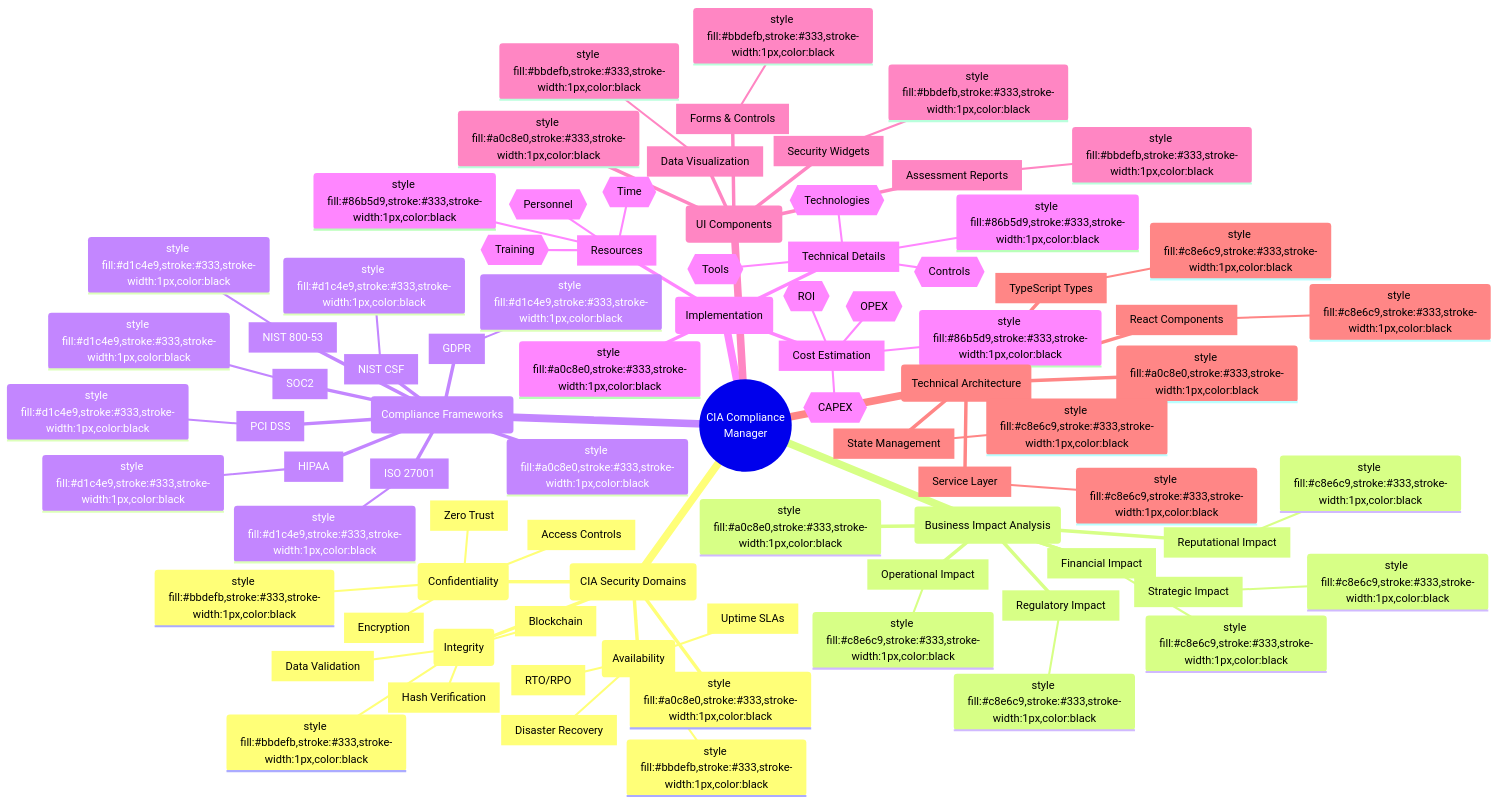
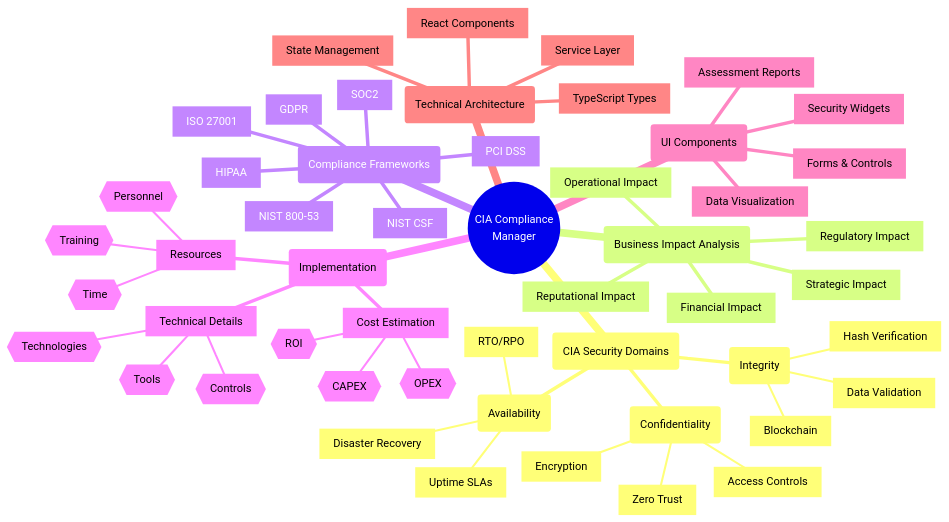
One commit to Hack23/cia-compliance-manager changed the first of 4 diagrams in docs/architecture/MINDMAP.md. Above: the diagram before and after it, drawn with Mermaid. The commit also changed other lines of this file and 5 other files, not shown here.

Commit message:
Refactor flowchart and state diagram class definitions for consistency and clarity

````diff
--- a/docs/architecture/MINDMAP.md
+++ b/docs/architecture/MINDMAP.md
@@ -28,105 +28,66 @@
 ```mermaid
 mindmap
   root((CIA Compliance<br>Manager))
-    ::icon(fa fa-shield-alt)
 
     %% Core Security Domains
     id(CIA Security Domains)
-      ::icon(fa fa-lock)
-      style fill:#a0c8e0,stroke:#333,stroke-width:1px,color:black
       id1(Confidentiality)
-        style fill:#bbdefb,stroke:#333,stroke-width:1px,color:black
         id1.1[Access Controls]
         id1.2[Encryption]
         id1.3[Zero Trust]
       id2(Integrity)
-        style fill:#bbdefb,stroke:#333,stroke-width:1px,color:black
         id2.1[Data Validation]
         id2.2[Hash Verification]
         id2.3[Blockchain]
       id3(Availability)
-        style fill:#bbdefb,stroke:#333,stroke-width:1px,color:black
         id3.1[Uptime SLAs]
         id3.2[RTO/RPO]
         id3.3[Disaster Recovery]
 
     %% Business Impact
     id4(Business Impact Analysis)
-      ::icon(fa fa-chart-line)
-      style fill:#a0c8e0,stroke:#333,stroke-width:1px,color:black
       id4.1[Financial Impact]
-        style fill:#c8e6c9,stroke:#333,stroke-width:1px,color:black
       id4.2[Operational Impact]
-        style fill:#c8e6c9,stroke:#333,stroke-width:1px,color:black
       id4.3[Reputational Impact]
-        style fill:#c8e6c9,stroke:#333,stroke-width:1px,color:black
       id4.4[Regulatory Impact]
-        style fill:#c8e6c9,stroke:#333,stroke-width:1px,color:black
       id4.5[Strategic Impact]
-        style fill:#c8e6c9,stroke:#333,stroke-width:1px,color:black
 
     %% Compliance Mapping
     id5(Compliance Frameworks)
-      ::icon(fa fa-check-square)
-      style fill:#a0c8e0,stroke:#333,stroke-width:1px,color:black
       id5.1[NIST 800-53]
-        style fill:#d1c4e9,stroke:#333,stroke-width:1px,color:black
       id5.2[ISO 27001]
-        style fill:#d1c4e9,stroke:#333,stroke-width:1px,color:black
       id5.3[NIST CSF]
-        style fill:#d1c4e9,stroke:#333,stroke-width:1px,color:black
       id5.4[GDPR]
-        style fill:#d1c4e9,stroke:#333,stroke-width:1px,color:black
       id5.5[HIPAA]
-        style fill:#d1c4e9,stroke:#333,stroke-width:1px,color:black
       id5.6[SOC2]
-        style fill:#d1c4e9,stroke:#333,stroke-width:1px,color:black
       id5.7[PCI DSS]
-        style fill:#d1c4e9,stroke:#333,stroke-width:1px,color:black
 
     %% Implementation
     id6(Implementation)
-      ::icon(fa fa-cogs)
-      style fill:#a0c8e0,stroke:#333,stroke-width:1px,color:black
       id6.1[Cost Estimation]
-        style fill:#86b5d9,stroke:#333,stroke-width:1px,color:black
         id6.1.1{{CAPEX}}
         id6.1.2{{OPEX}}
         id6.1.3{{ROI}}
       id6.2[Technical Details]
-        style fill:#86b5d9,stroke:#333,stroke-width:1px,color:black
         id6.2.1{{Tools}}
         id6.2.2{{Technologies}}
         id6.2.3{{Controls}}
       id6.3[Resources]
-        style fill:#86b5d9,stroke:#333,stroke-width:1px,color:black
         id6.3.1{{Personnel}}
         id6.3.2{{Time}}
         id6.3.3{{Training}}
 
     %% User Interface
     id7(UI Components)
-      ::icon(fa fa-desktop)
-      style fill:#a0c8e0,stroke:#333,stroke-width:1px,color:black
       id7.1[Security Widgets]
-        style fill:#bbdefb,stroke:#333,stroke-width:1px,color:black
       id7.2[Data Visualization]
-        style fill:#bbdefb,stroke:#333,stroke-width:1px,color:black
       id7.3[Forms & Controls]
-        style fill:#bbdefb,stroke:#333,stroke-width:1px,color:black
       id7.4[Assessment Reports]
-        style fill:#bbdefb,stroke:#333,stroke-width:1px,color:black
 
     %% Architecture
     id8(Technical Architecture)
-      ::icon(fa fa-sitemap)
-      style fill:#a0c8e0,stroke:#333,stroke-width:1px,color:black
       id8.1[React Components]
-        style fill:#c8e6c9,stroke:#333,stroke-width:1px,color:black
       id8.2[State Management]
-        style fill:#c8e6c9,stroke:#333,stroke-width:1px,color:black
       id8.3[Service Layer]
-        style fill:#c8e6c9,stroke:#333,stroke-width:1px,color:black
       id8.4[TypeScript Types]
-        style fill:#c8e6c9,stroke:#333,stroke-width:1px,color:black
 ```
````
